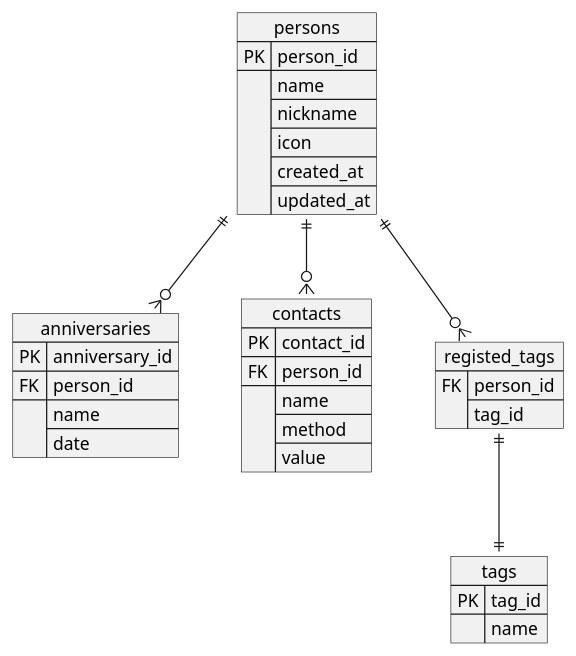
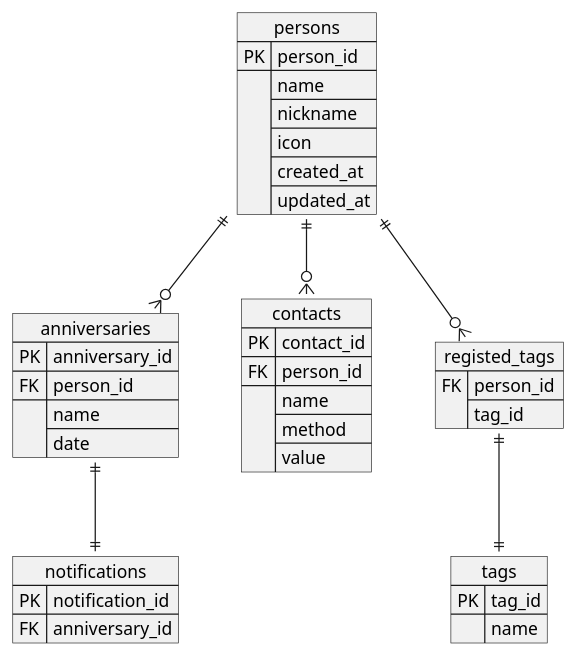
Before and after one commit to nmskm240/friend_list: the diagram in uml/entity_relationship_diagram.pu, drawn with PlantUML. The commit also changed 11 other files, not shown here.

```diff
--- a/uml/entity_relationship_diagram.pu
+++ b/uml/entity_relationship_diagram.pu
@@ -1,31 +1,36 @@
 @startuml
 hide circle
 
 json anniversaries {
     "PK": "anniversary_id",
     "FK": "person_id",
     "": ["name", "date"]
 }
 json contacts {
     "PK": "contact_id",
     "FK": "person_id",
     "": ["name", "method", "value"]
 }
+json notifications {
+    "PK": "notification_id",
+    "FK": "anniversary_id"
+}
 json tags {
     "PK": "tag_id",
     "": "name"
 }
 json persons {
     "PK": "person_id",
     "": ["name", "nickname", "icon", "created_at", "updated_at"]
 }
 json registed_tags {
     "FK": ["person_id", "tag_id"]
 }
 
+anniversaries ||--|| notifications
 persons ||--o{ anniversaries
 persons ||--o{ contacts
 persons ||--o{ registed_tags
 registed_tags ||--|| tags
 
 @enduml
```
